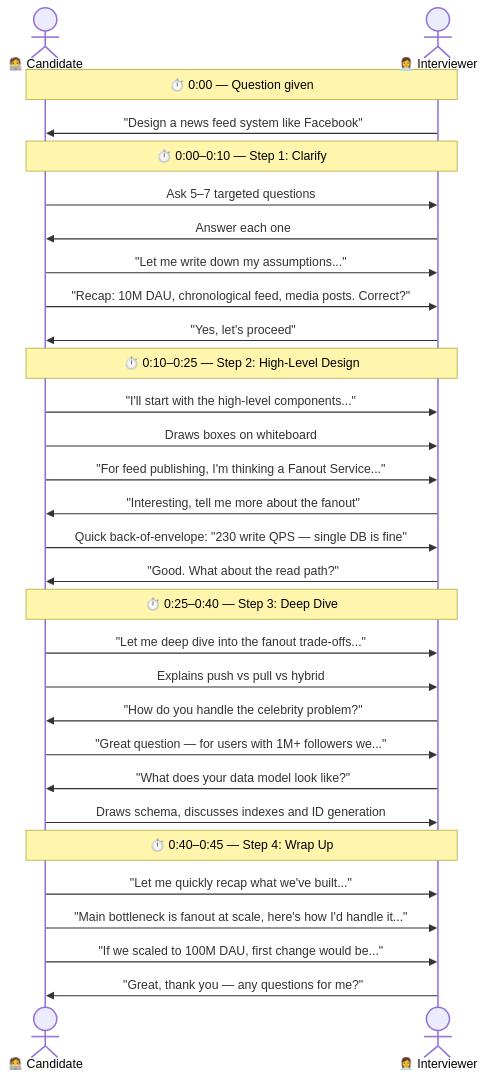
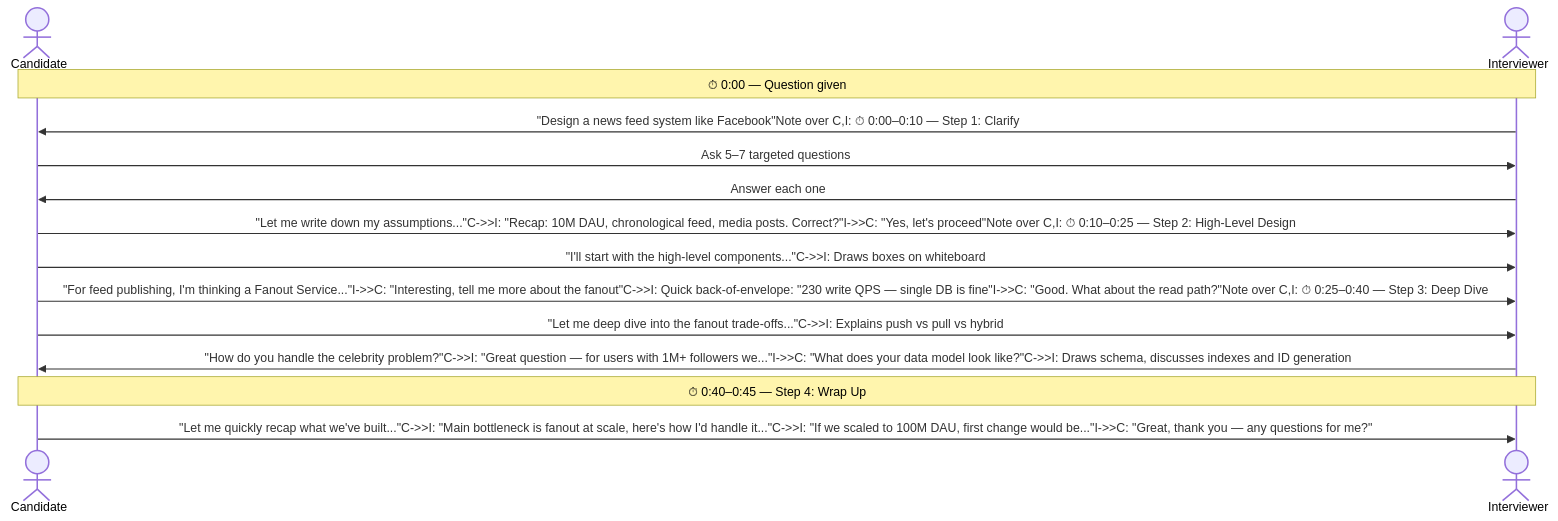
Before and after one commit to devops-monk/system-design-blog: diagram 14 of 18 in content/posts/2026/framework-for-system-design-interviews.md, drawn with Mermaid. The commit also changed other lines of this file and 5 other files, not shown here.

````diff
--- a/content/posts/2026/framework-for-system-design-interviews.md
+++ b/content/posts/2026/framework-for-system-design-interviews.md
@@ -598,38 +595,19 @@
 ```mermaid
 sequenceDiagram
-    actor C as 🧑‍💻 Candidate
-    actor I as 👩‍💼 Interviewer
+    actor C as ‍ Candidate
+    actor I as ‍ Interviewer
 
-    Note over C,I: ⏱️ 0:00 — Question given
+    Note over C,I: ⏱ 0:00 — Question given
 
-    I->>C: "Design a news feed system like Facebook"
-
-    Note over C,I: ⏱️ 0:00–0:10 — Step 1: Clarify
+    I->>C: "Design a news feed system like Facebook"Note over C,I: ⏱ 0:00–0:10 — Step 1: Clarify
     C->>I: Ask 5–7 targeted questions
     I->>C: Answer each one
-    C->>I: "Let me write down my assumptions..."
-    C->>I: "Recap: 10M DAU, chronological feed, media posts. Correct?"
-    I->>C: "Yes, let's proceed"
+    C->>I: "Let me write down my assumptions..."C->>I: "Recap: 10M DAU, chronological feed, media posts. Correct?"I->>C: "Yes, let's proceed"Note over C,I: ⏱ 0:10–0:25 — Step 2: High-Level Design
+    C->>I: "I'll start with the high-level components..."C->>I: Draws boxes on whiteboard
+    C->>I: "For feed publishing, I'm thinking a Fanout Service..."I->>C: "Interesting, tell me more about the fanout"C->>I: Quick back-of-envelope: "230 write QPS — single DB is fine"I->>C: "Good. What about the read path?"Note over C,I: ⏱ 0:25–0:40 — Step 3: Deep Dive
+    C->>I: "Let me deep dive into the fanout trade-offs..."C->>I: Explains push vs pull vs hybrid
+    I->>C: "How do you handle the celebrity problem?"C->>I: "Great question — for users with 1M+ followers we..."I->>C: "What does your data model look like?"C->>I: Draws schema, discusses indexes and ID generation
 
-    Note over C,I: ⏱️ 0:10–0:25 — Step 2: High-Level Design
-    C->>I: "I'll start with the high-level components..."
-    C->>I: Draws boxes on whiteboard
-    C->>I: "For feed publishing, I'm thinking a Fanout Service..."
-    I->>C: "Interesting, tell me more about the fanout"
-    C->>I: Quick back-of-envelope: "230 write QPS — single DB is fine"
-    I->>C: "Good. What about the read path?"
-
-    Note over C,I: ⏱️ 0:25–0:40 — Step 3: Deep Dive
-    C->>I: "Let me deep dive into the fanout trade-offs..."
-    C->>I: Explains push vs pull vs hybrid
-    I->>C: "How do you handle the celebrity problem?"
-    C->>I: "Great question — for users with 1M+ followers we..."
-    I->>C: "What does your data model look like?"
-    C->>I: Draws schema, discusses indexes and ID generation
-
-    Note over C,I: ⏱️ 0:40–0:45 — Step 4: Wrap Up
-    C->>I: "Let me quickly recap what we've built..."
-    C->>I: "Main bottleneck is fanout at scale, here's how I'd handle it..."
-    C->>I: "If we scaled to 100M DAU, first change would be..."
-    I->>C: "Great, thank you — any questions for me?"
+    Note over C,I: ⏱ 0:40–0:45 — Step 4: Wrap Up
+    C->>I: "Let me quickly recap what we've built..."C->>I: "Main bottleneck is fanout at scale, here's how I'd handle it..."C->>I: "If we scaled to 100M DAU, first change would be..."I->>C: "Great, thank you — any questions for me?"
 ```
````
